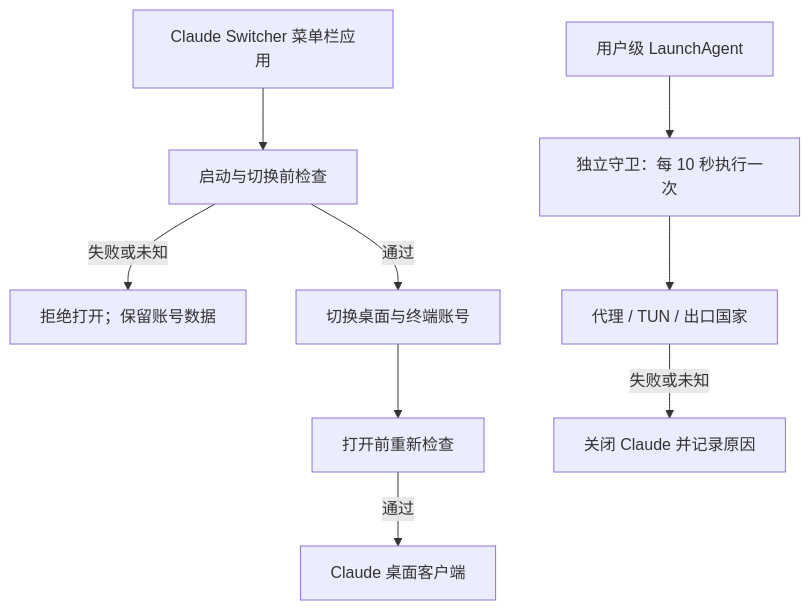
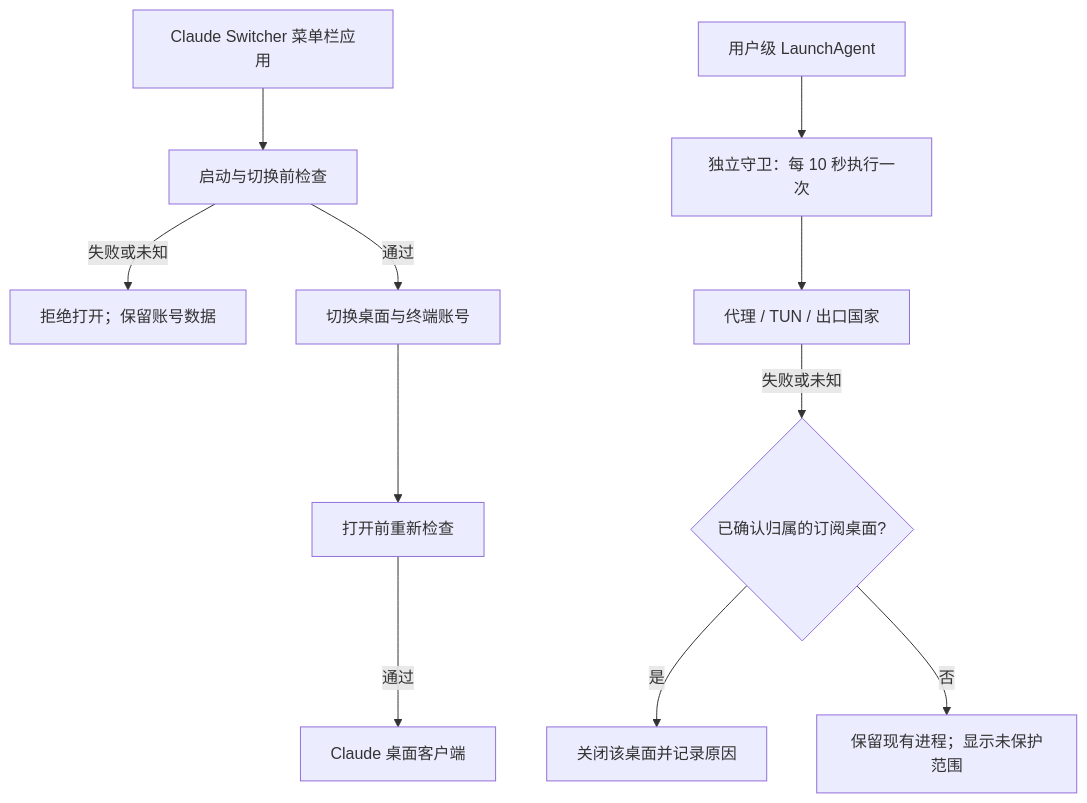
Before and after one commit to liuquanqing/claude-switcher: the diagram in docs/整合设计.md, drawn with Mermaid. The commit also changed other lines of this file and 47 other files, not shown here.

````diff
--- a/docs/整合设计.md
+++ b/docs/整合设计.md
@@ -17,11 +17,13 @@
 ```mermaid
 flowchart TD
   UI[Claude Switcher 菜单栏应用] --> Gate[启动与切换前检查]
   Gate -->|失败或未知| Stop[拒绝打开；保留账号数据]
   Gate -->|通过| Swap[切换桌面与终端账号]
   Swap --> Again[打开前重新检查]
   Again -->|通过| Claude[Claude 桌面客户端]
   Launchd[用户级 LaunchAgent] --> Guard[独立守卫：每 10 秒执行一次]
   Guard --> Check[代理 / TUN / 出口国家]
-  Check -->|失败或未知| Terminate[关闭 Claude 并记录原因]
+  Check -->|失败或未知| Own{已确认归属的订阅桌面?}
+  Own -->|是| Terminate[关闭该桌面并记录原因]
+  Own -->|否| Unmanaged[保留现有进程；显示未保护范围]
 ```
````
